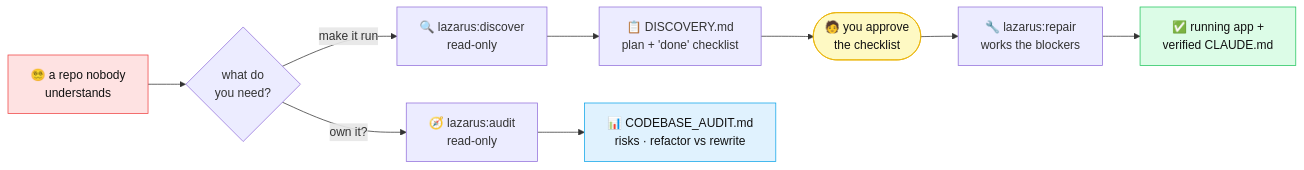
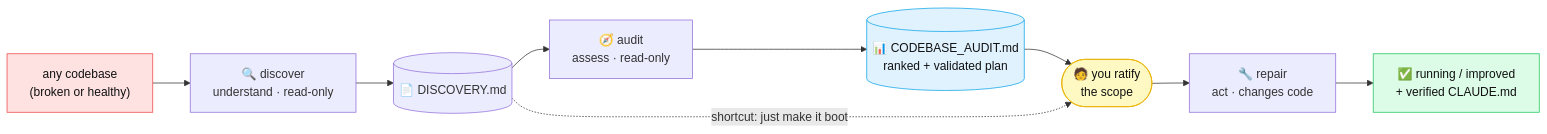
Before and after one commit to CognitiveCodeAI/lazarus: the diagram in README.md, drawn with Mermaid. The commit also changed other lines of this file and 3 other files, not shown here.

````diff
--- a/README.md
+++ b/README.md
@@ -77,18 +84,16 @@
 ```mermaid
 flowchart LR
-    A["😵‍💫 a repo nobody<br/>understands"] --> B{what do<br/>you need?}
-
-    B -->|make it run| C["🔍 lazarus:discover<br/>read-only"]
-    C --> D["📋 DISCOVERY.md<br/>plan + 'done' checklist"]
-    D --> E(["🧑 you approve<br/>the checklist"])
-    E --> F["🔧 lazarus:repair<br/>works the blockers"]
-    F --> G["✅ running app +<br/>verified CLAUDE.md"]
-
-    B -->|own it?| H["🧭 lazarus:audit<br/>read-only"]
-    H --> I["📊 CODEBASE_AUDIT.md<br/>risks · refactor vs rewrite"]
+    A["any codebase<br/>(broken or healthy)"] --> C["🔍 discover<br/>understand · read-only"]
+    C --> D[("📄 DISCOVERY.md")]
+    D --> H["🧭 audit<br/>assess · read-only"]
+    H --> I[("📊 CODEBASE_AUDIT.md<br/>ranked + validated plan")]
+    I --> R(["🧑 you ratify<br/>the scope"])
+    R --> F["🔧 repair<br/>act · changes code"]
+    F --> G["✅ running / improved<br/>+ verified CLAUDE.md"]
+    D -.->|"shortcut: just make it boot"| R
 
     style A fill:#fee2e2,stroke:#ef4444,color:#111
+    style I fill:#e0f2fe,stroke:#0ea5e9,color:#111
+    style R fill:#fef9c3,stroke:#eab308,color:#111
     style G fill:#dcfce7,stroke:#22c55e,color:#111
-    style I fill:#e0f2fe,stroke:#0ea5e9,color:#111
-    style E fill:#fef9c3,stroke:#eab308,color:#111
 ```
````
